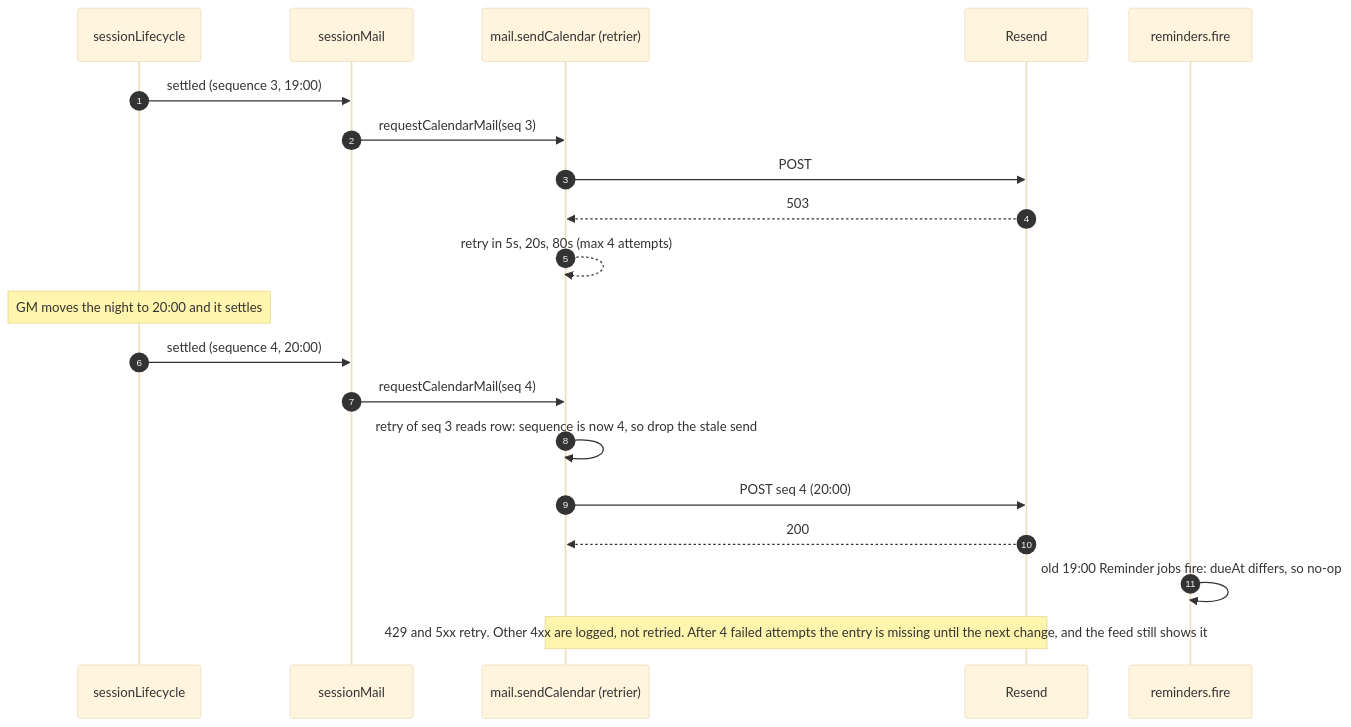
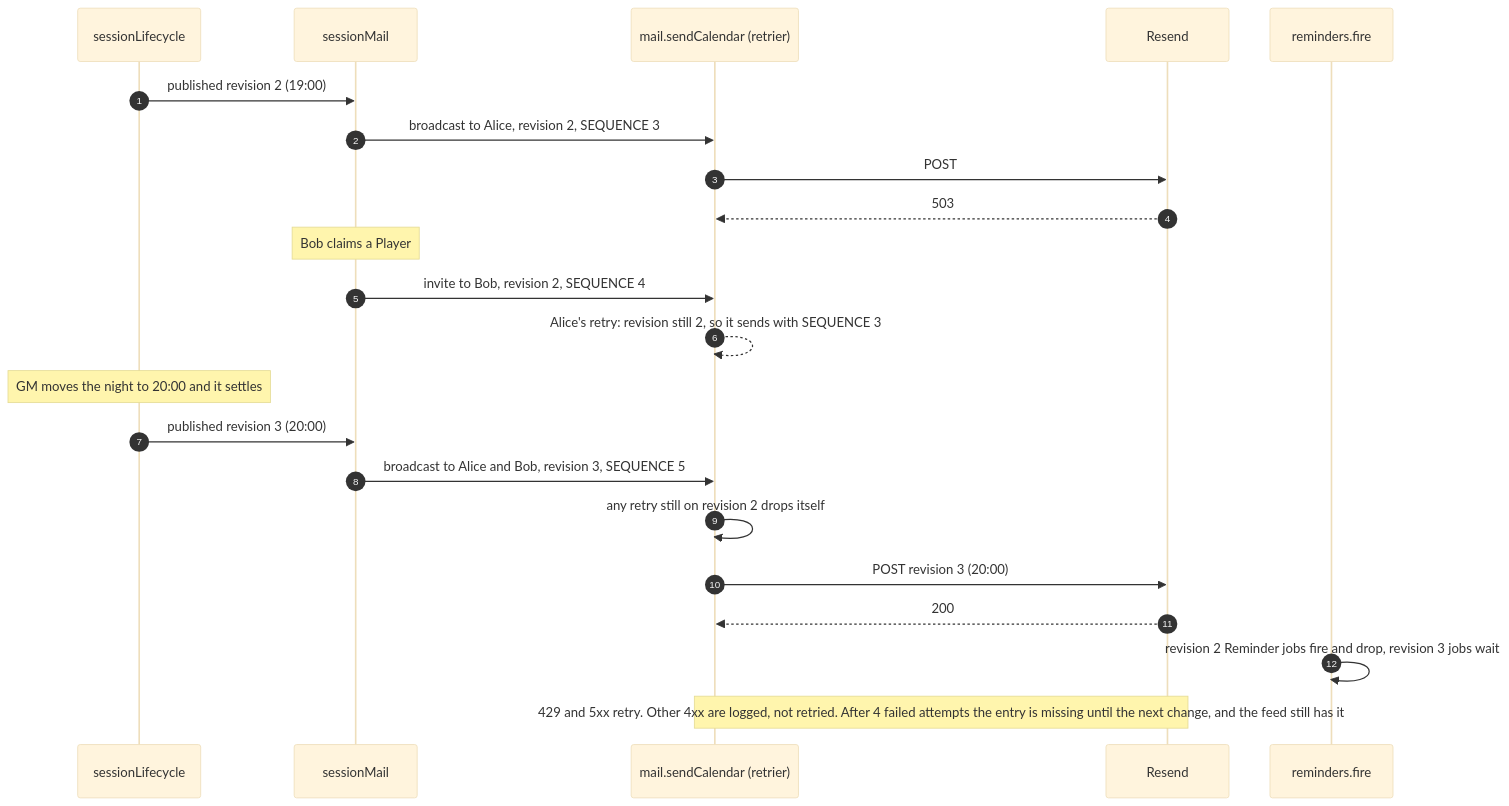
One commit to Silthus/next-session changed the sixth of 7 diagrams in docs/architecture/calendar-sync.md. Above: the diagram before and after it, drawn with Mermaid (base theme). The commit also changed other lines of this file, not shown here.

First line of the commit message:
Rework calendar sync around a published Session snapshot (#126)

````diff
--- a/docs/architecture/calendar-sync.md
+++ b/docs/architecture/calendar-sync.md
@@ -315,23 +350,25 @@
 ```mermaid
 sequenceDiagram
   autonumber
   participant L as sessionLifecycle
   participant SM as sessionMail
   participant M as mail.sendCalendar (retrier)
   participant RS as Resend
   participant R as reminders.fire
 
-  L->>SM: settled (sequence 3, 19:00)
-  SM->>M: requestCalendarMail(seq 3)
+  L->>SM: published revision 2 (19:00)
+  SM->>M: broadcast to Alice, revision 2, SEQUENCE 3
   M->>RS: POST
   RS-->>M: 503
-  M-->>M: retry in 5s, 20s, 80s (max 4 attempts)
+  Note over SM: Bob claims a Player
+  SM->>M: invite to Bob, revision 2, SEQUENCE 4
+  M-->>M: Alice's retry: revision still 2, so it sends with SEQUENCE 3
   Note over L: GM moves the night to 20:00 and it settles
-  L->>SM: settled (sequence 4, 20:00)
-  SM->>M: requestCalendarMail(seq 4)
-  M->>M: retry of seq 3 reads row: sequence is now 4, so drop the stale send
-  M->>RS: POST seq 4 (20:00)
+  L->>SM: published revision 3 (20:00)
+  SM->>M: broadcast to Alice and Bob, revision 3, SEQUENCE 5
+  M->>M: any retry still on revision 2 drops itself
+  M->>RS: POST revision 3 (20:00)
   RS-->>M: 200
-  R->>R: old 19:00 Reminder jobs fire: dueAt differs, so no-op
-  Note over M,RS: 429 and 5xx retry. Other 4xx are logged, not retried. After 4 failed attempts the entry is missing until the next change, and the feed still shows it
+  R->>R: revision 2 Reminder jobs fire and drop, revision 3 jobs wait
+  Note over M,RS: 429 and 5xx retry. Other 4xx are logged, not retried. After 4 failed attempts the entry is missing until the next change, and the feed still has it
 ```
````
